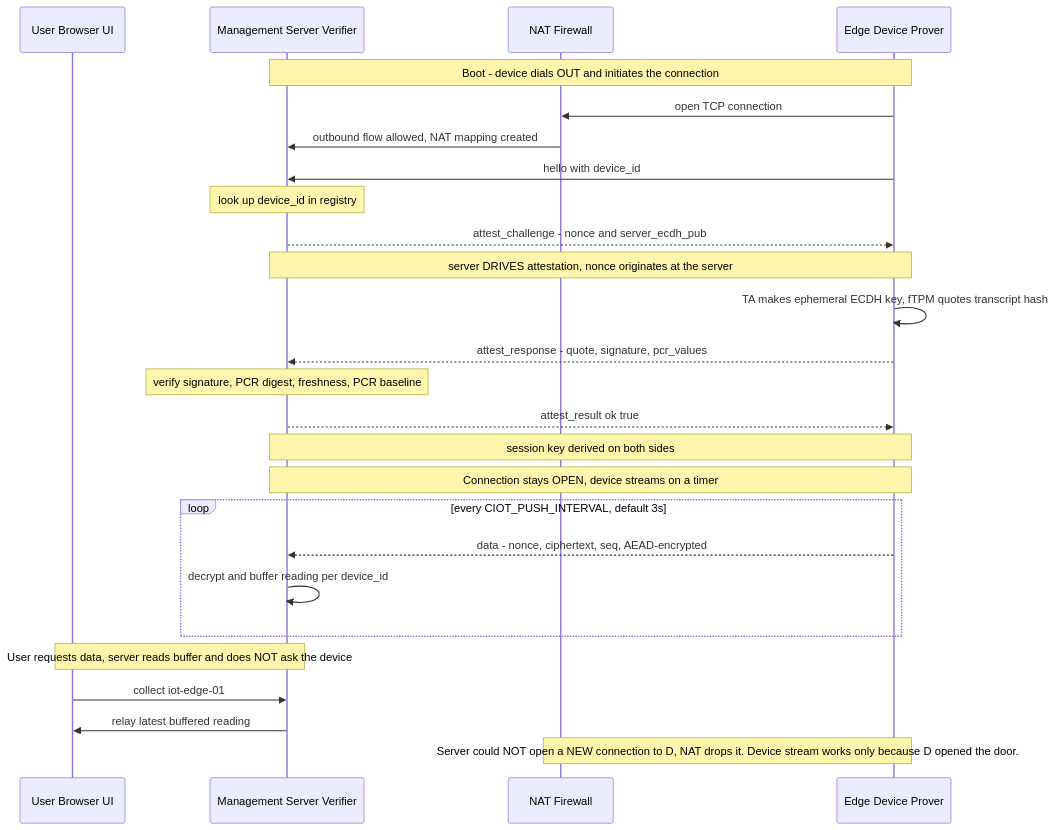
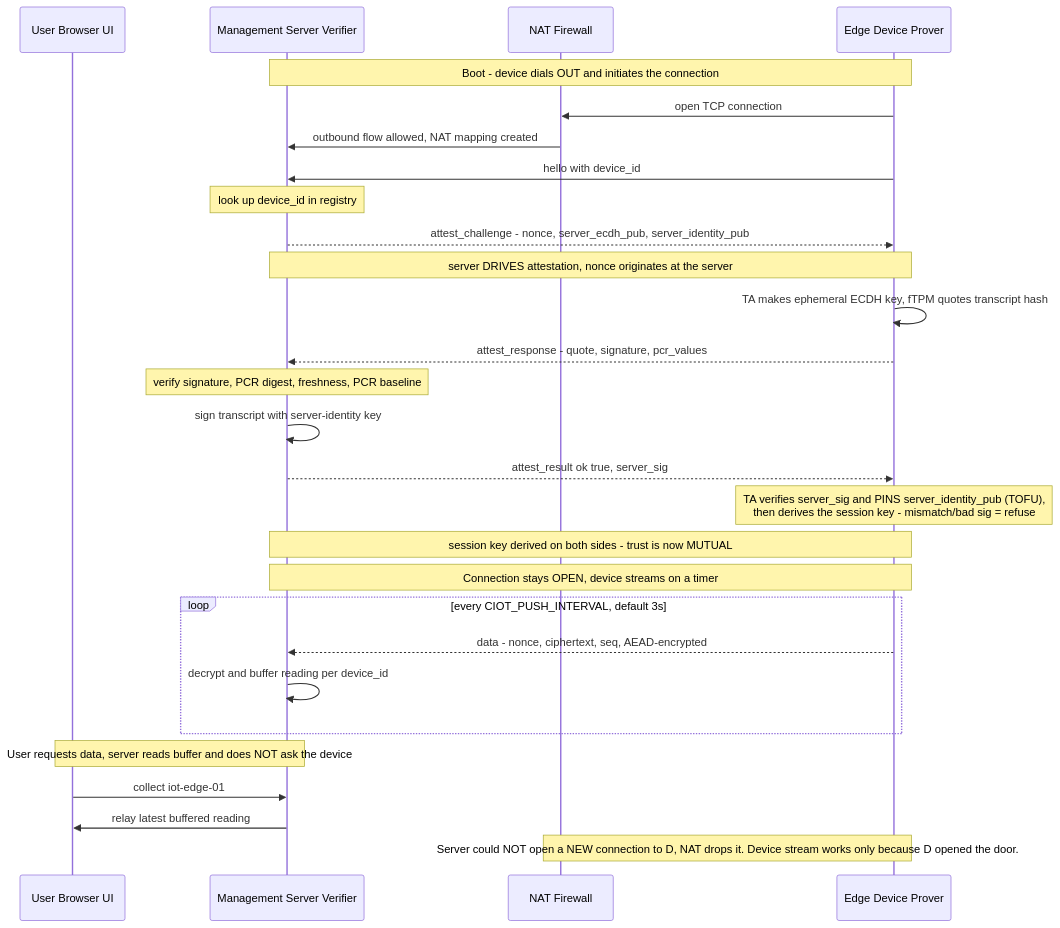
The diagram in docs/CONNECTION_INITIATION.md (NatallieMirelashvili/ConfidentialComputing), drawn with Mermaid before and after one commit. The commit also changed other lines of this file and 38 other files, not shown here.

````diff
--- a/docs/CONNECTION_INITIATION.md
+++ b/docs/CONNECTION_INITIATION.md
@@ -99,35 +116,37 @@
 ```mermaid
 sequenceDiagram
     participant U as User Browser UI
     participant S as Management Server Verifier
     participant N as NAT Firewall
     participant D as Edge Device Prover
 
     Note over D,S: Boot - device dials OUT and initiates the connection
     D->>N: open TCP connection
     N->>S: outbound flow allowed, NAT mapping created
     D->>S: hello with device_id
 
     Note over S: look up device_id in registry
-    S-->>D: attest_challenge - nonce and server_ecdh_pub
+    S-->>D: attest_challenge - nonce, server_ecdh_pub, server_identity_pub
     Note over S,D: server DRIVES attestation, nonce originates at the server
 
     D->>D: TA makes ephemeral ECDH key, fTPM quotes transcript hash
     D-->>S: attest_response - quote, signature, pcr_values
 
     Note over S: verify signature, PCR digest, freshness, PCR baseline
-    S-->>D: attest_result ok true
-    Note over S,D: session key derived on both sides
+    S->>S: sign transcript with server-identity key
+    S-->>D: attest_result ok true, server_sig
+    Note over D: TA verifies server_sig and PINS server_identity_pub (TOFU),<br/>then derives the session key - mismatch/bad sig = refuse
+    Note over S,D: session key derived on both sides - trust is now MUTUAL
 
     Note over D,S: Connection stays OPEN, device streams on a timer
     loop every CIOT_PUSH_INTERVAL, default 3s
         D-->>S: data - nonce, ciphertext, seq, AEAD-encrypted
         S->>S: decrypt and buffer reading per device_id
     end
 
     Note over U,S: User requests data, server reads buffer and does NOT ask the device
     U->>S: collect iot-edge-01
     S->>U: relay latest buffered reading
 
     Note over N,D: Server could NOT open a NEW connection to D, NAT drops it. Device stream works only because D opened the door.
 ```
````
